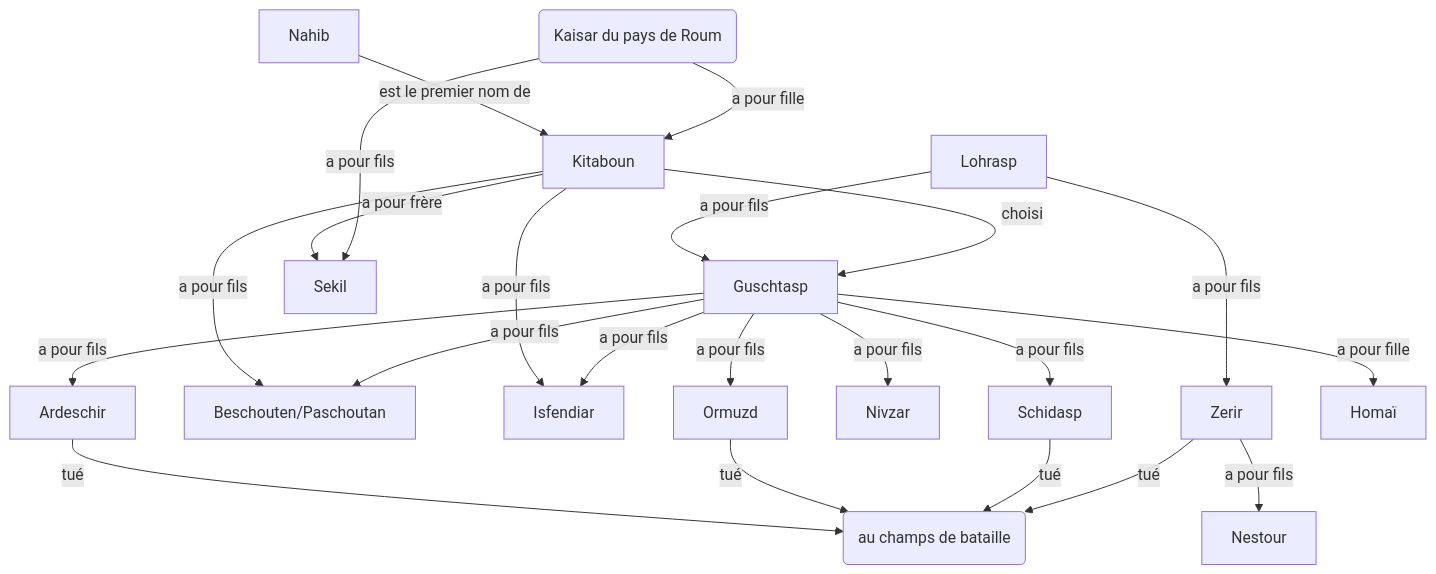
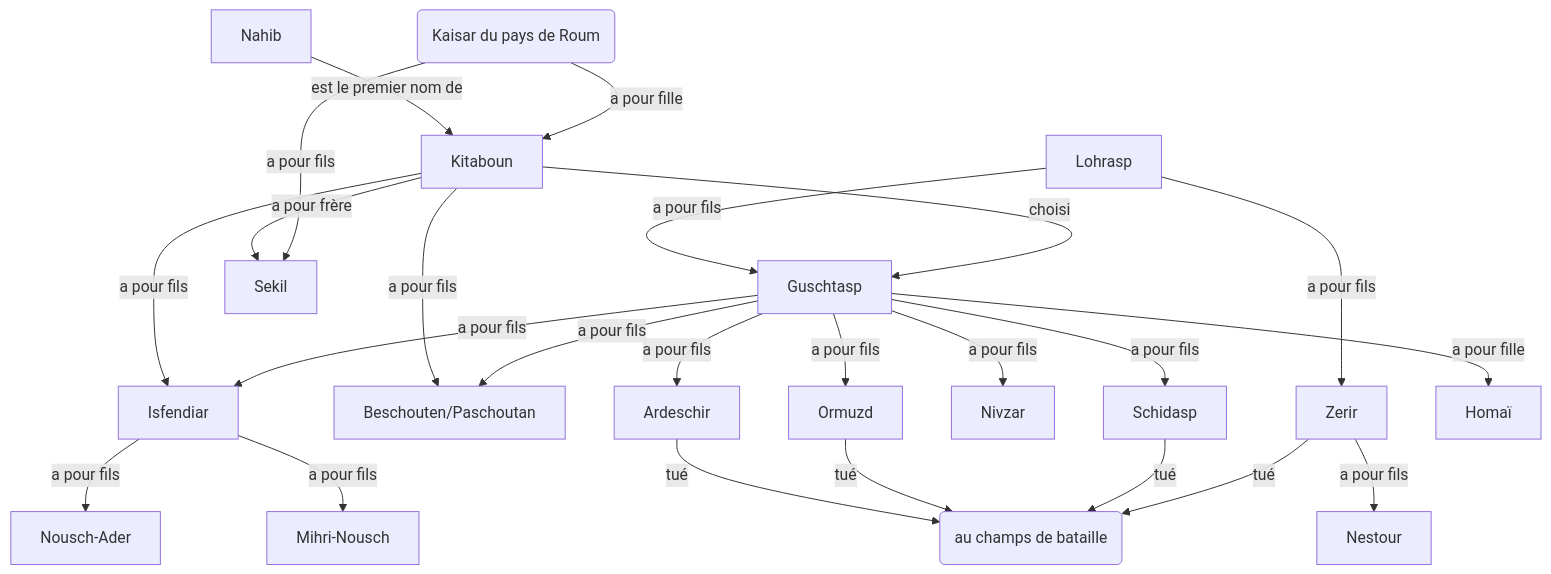
The diagram in src/graphs/lohrasp/lohrasp.mmd (hdorgeval/le-livre-des-rois), drawn with Mermaid before and after one commit. The commit also changed 1 other file, not shown here.

```diff
--- a/src/graphs/lohrasp/lohrasp.mmd
+++ b/src/graphs/lohrasp/lohrasp.mmd
@@ -1,22 +1,24 @@
 graph TD
 Lohrasp --a pour fils--> Guschtasp
 Lohrasp --a pour fils--> Zerir
 Nahib --est le premier nom de --> Kitaboun
 Kitaboun --choisi--> Guschtasp
 K(Kaisar du pays de Roum) --a pour fille --> Kitaboun
 Kitaboun --a pour frère--> Sekil
 K(Kaisar du pays de Roum) --a pour fils--> Sekil 
 Kitaboun --a pour fils--> Beschouten/Paschoutan
 Kitaboun --a pour fils--> Isfendiar
 Guschtasp --a pour fils--> Beschouten/Paschoutan
 Guschtasp --a pour fils--> Isfendiar
 Guschtasp --a pour fils--> Schidasp
 Guschtasp --a pour fils--> Nivzar
 Guschtasp --a pour fils--> Ardeschir
 Guschtasp --a pour fils--> Ormuzd
 Guschtasp --a pour fille--> Homaï
 Ardeschir --tué --> B(au champs de bataille)
 Ormuzd --tué --> B(au champs de bataille)
 Schidasp --tué --> B(au champs de bataille)
 Zerir --a pour fils--> Nestour
 Zerir --tué --> B(au champs de bataille)
+Isfendiar --a pour fils--> Nousch-Ader
+Isfendiar --a pour fils--> Mihri-Nousch
```
